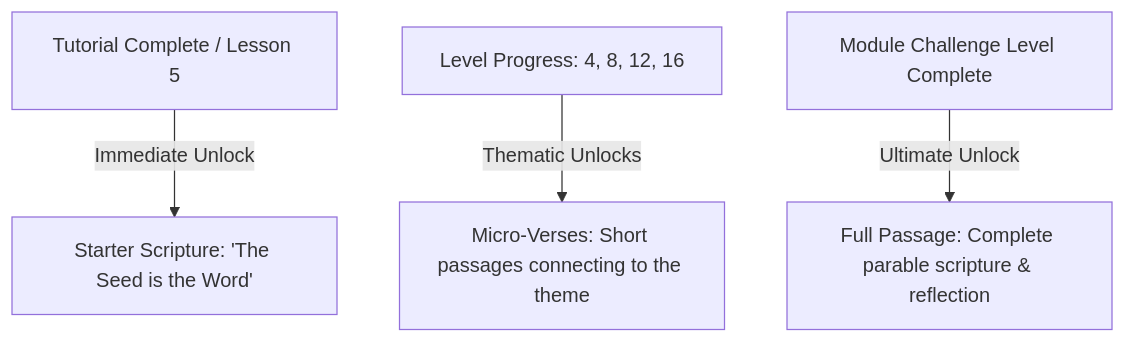
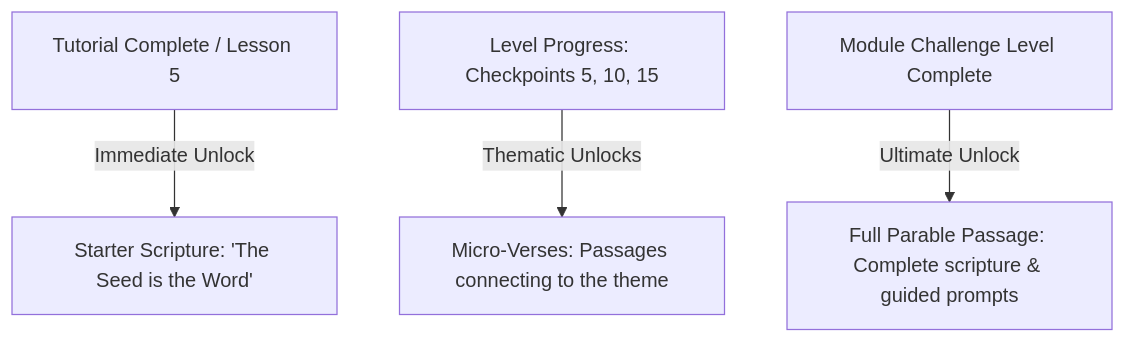
The second of 2 diagrams in documentation/explanation/scripture-library.md (eng618/parable-bloom), drawn with Mermaid before and after one commit. The commit also changed other lines of this file and 15 other files, not shown here.

Commit message:
feat: implement biblical themes and guided journal system with integrated reflection prompts

````diff
--- a/documentation/explanation/scripture-library.md
+++ b/documentation/explanation/scripture-library.md
@@ -11,6 +42,6 @@
 ```mermaid
 graph TD
     A[Tutorial Complete / Lesson 5] -->|Immediate Unlock| B[Starter Scripture: 'The Seed is the Word']
-    C[Level Progress: 4, 8, 12, 16] -->|Thematic Unlocks| D[Micro-Verses: Short passages connecting to the theme]
-    E[Module Challenge Level Complete] -->|Ultimate Unlock| F[Full Passage: Complete parable scripture & reflection]
+    C[Level Progress: Checkpoints 5, 10, 15] -->|Thematic Unlocks| D[Micro-Verses: Passages connecting to the theme]
+    E[Module Challenge Level Complete] -->|Ultimate Unlock| F[Full Parable Passage: Complete scripture & guided prompts]
 ```
````
